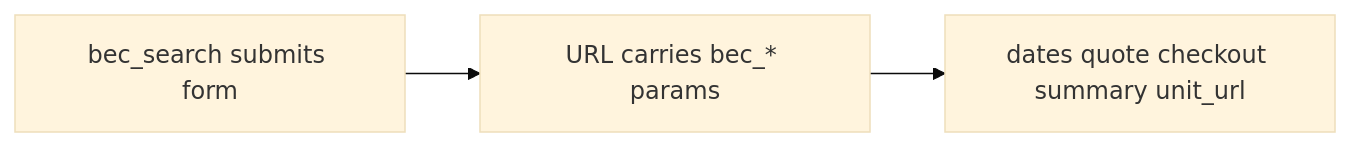
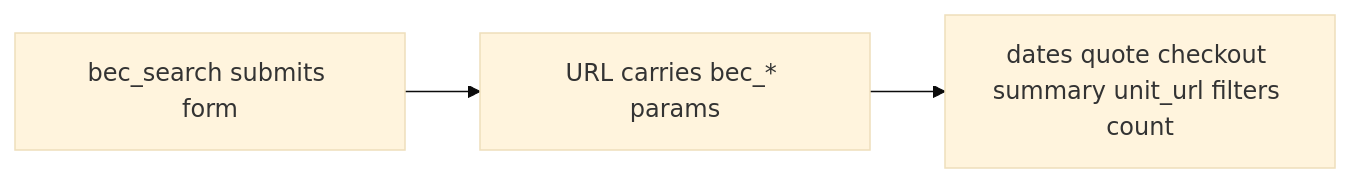
One commit to robbdeveloper/bec-docs changed the diagram in docs/06-shortcodes/01-shortcodes-overview.md. Above: the diagram before and after it, drawn with Mermaid (base theme). The commit also changed other lines of this file and 130 other files, not shown here.

Commit message:
docs: add comprehensive documentation for Booking Engine admin screens, frontend settings, listing filters, and new shortcodes `[bec_unit_filters]` and `[bec_available_units_count]`

````diff
--- a/docs/06-shortcodes/01-shortcodes-overview.md
+++ b/docs/06-shortcodes/01-shortcodes-overview.md
@@ -29,7 +31,7 @@
 ```mermaid
 flowchart LR
   Search["bec_search submits form"]
   URL["URL carries bec_* params"]
-  Others["dates quote checkout summary unit_url"]
+  Others["dates quote checkout summary unit_url filters count"]
   Search --> URL --> Others
 ```
````
